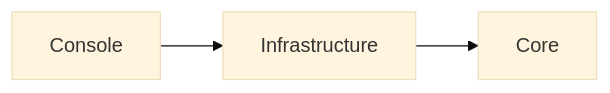
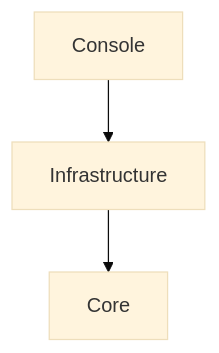
Before and after one commit to Heljens-IT-Services/agent-files: the diagram in agents/DEVELOPER.NetConsole.md, drawn with Mermaid (base theme).

Commit message:
Arrange NetConsole mermaid diagram vertically

````diff
--- a/agents/DEVELOPER.NetConsole.md
+++ b/agents/DEVELOPER.NetConsole.md
@@ -38,5 +38,5 @@
 ```mermaid
-flowchart LR
+flowchart TD
     Console[Console] --> Infrastructure[Infrastructure]
     Infrastructure --> Core[Core]
 ```
````
